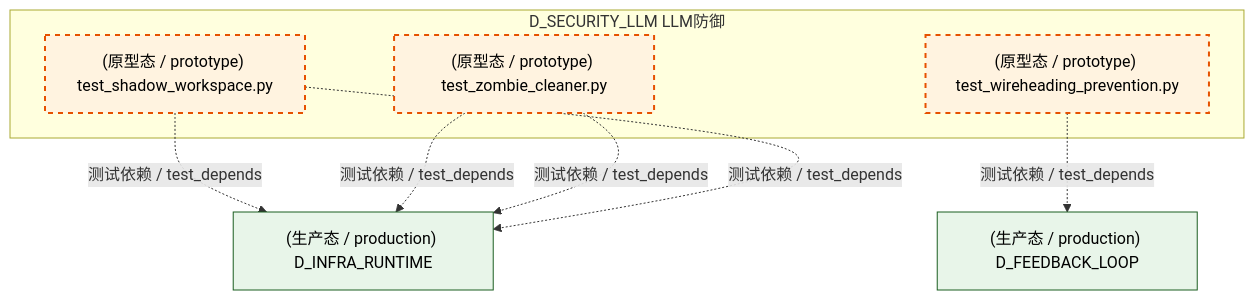
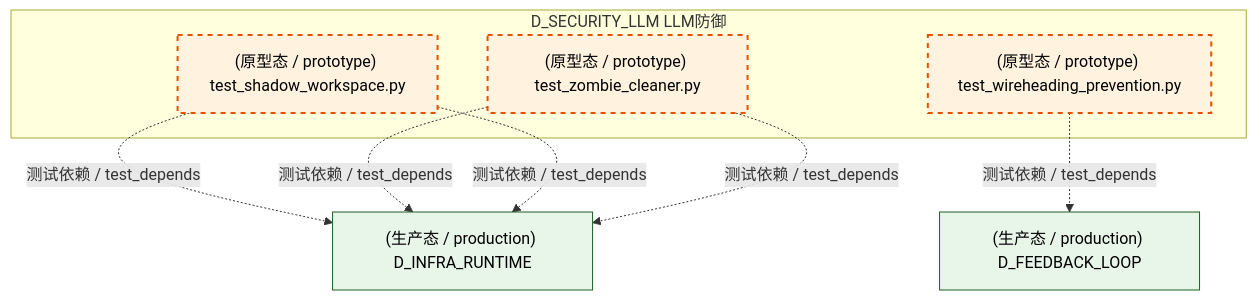
Before and after one commit to xuanFelixVan/ZephyrAlpha: the third of 6 diagrams in docs/02_enterprise_architecture/02_domain_architecture_docs/25_d_security_llm.md, drawn with Mermaid. The commit also changed other lines of this file and 126 other files, not shown here.

````diff
--- a/docs/02_enterprise_architecture/02_domain_architecture_docs/25_d_security_llm.md
+++ b/docs/02_enterprise_architecture/02_domain_architecture_docs/25_d_security_llm.md
@@ -273,21 +274,21 @@
 ```mermaid
 graph TD
     subgraph D_SECURITY_LLM["D_SECURITY_LLM LLM防御"]
         tests_llm_security_test_shadow_workspace_py["(原型态 / prototype) test_shadow_workspace.py"]
         tests_llm_security_test_wireheading_prevention_py["(原型态 / prototype) test_wireheading_prevention.py"]
         tests_llm_security_test_zombie_cleaner_py["(原型态 / prototype) test_zombie_cleaner.py"]
     end
     D_INFRA_RUNTIME["(生产态 / production) D_INFRA_RUNTIME"]
     tests_llm_security_test_shadow_workspace_py -.->|测试依赖 / test_depends| D_INFRA_RUNTIME
     tests_llm_security_test_zombie_cleaner_py -.->|测试依赖 / test_depends| D_INFRA_RUNTIME
+    tests_llm_security_test_shadow_workspace_py -.->|测试依赖 / test_depends| D_INFRA_RUNTIME
     tests_llm_security_test_zombie_cleaner_py -.->|测试依赖 / test_depends| D_INFRA_RUNTIME
-    tests_llm_security_test_shadow_workspace_py -.->|测试依赖 / test_depends| D_INFRA_RUNTIME
     D_FEEDBACK_LOOP["(生产态 / production) D_FEEDBACK_LOOP"]
     tests_llm_security_test_wireheading_prevention_py -.->|测试依赖 / test_depends| D_FEEDBACK_LOOP
     classDef production fill:#e1f5fe,stroke:#01579b,stroke-width:2px,color:#000
     classDef design fill:#fff3e0,stroke:#e65100,stroke-width:2px,color:#000,stroke-dasharray: 5 5
     classDef external_prod fill:#e8f5e9,stroke:#1b5e20,stroke-width:1px,color:#000
     classDef external_design fill:#fce4ec,stroke:#880e4f,stroke-width:1px,color:#000,stroke-dasharray: 5 5
     class tests_llm_security_test_shadow_workspace_py,tests_llm_security_test_wireheading_prevention_py,tests_llm_security_test_zombie_cleaner_py design
     class D_INFRA_RUNTIME,D_FEEDBACK_LOOP external_prod
 ```
````
